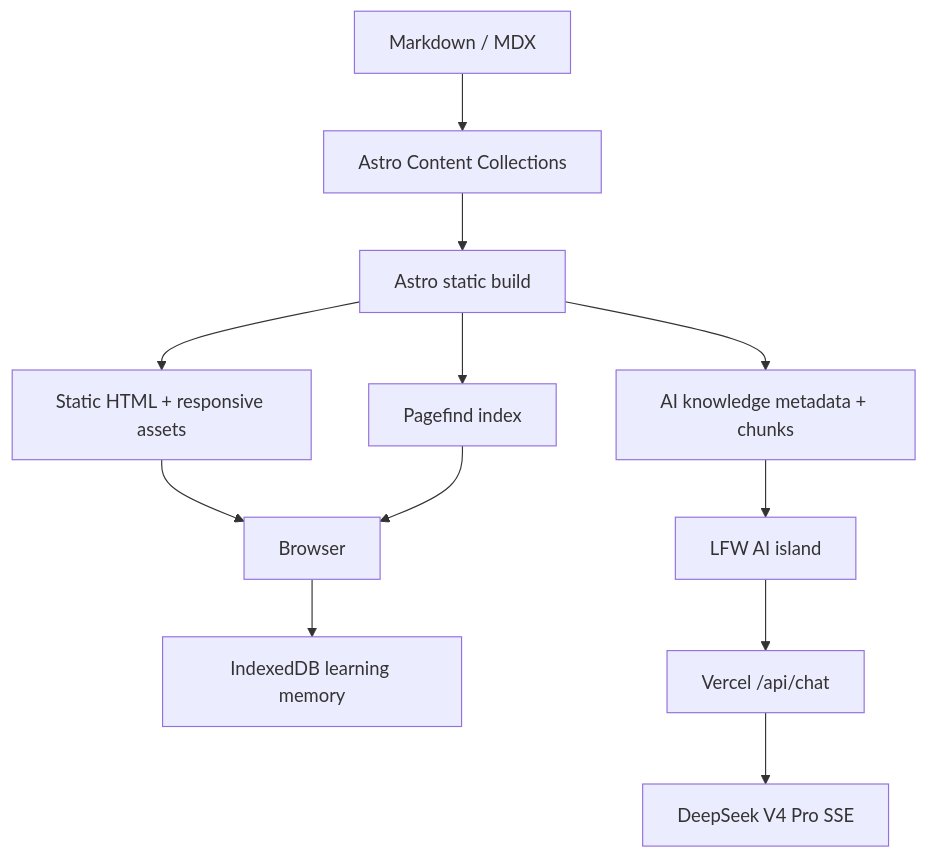
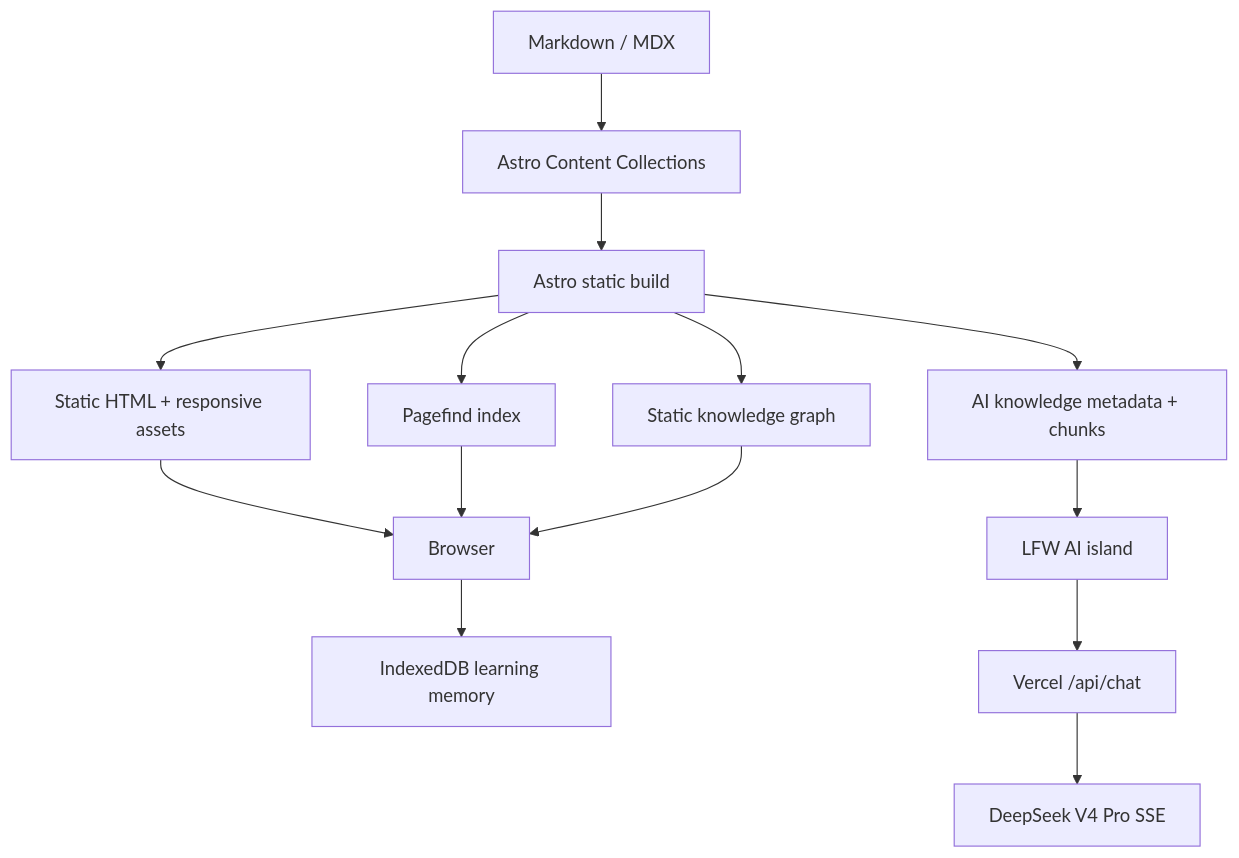
The diagram in README.md (kdjfs/liufengwei-personal-blog), drawn with Mermaid before and after one commit. The commit also changed other lines of this file and 2 other files, not shown here.

Commit message:
docs(graph): document knowledge graph architecture

````diff
--- a/README.md
+++ b/README.md
@@ -37,14 +38,16 @@
 ```mermaid
 flowchart TD
   Content["Markdown / MDX"] --> Collections["Astro Content Collections"]
   Collections --> Build["Astro static build"]
   Build --> HTML["Static HTML + responsive assets"]
   Build --> Search["Pagefind index"]
   Build --> Knowledge["AI knowledge metadata + chunks"]
+  Build --> Graph["Static knowledge graph"]
   HTML --> Browser["Browser"]
   Search --> Browser
+  Graph --> Browser
   Knowledge --> AI["LFW AI island"]
   Browser --> Memory["IndexedDB learning memory"]
   AI --> Function["Vercel /api/chat"]
   Function --> DeepSeek["DeepSeek V4 Pro SSE"]
 ```
````
